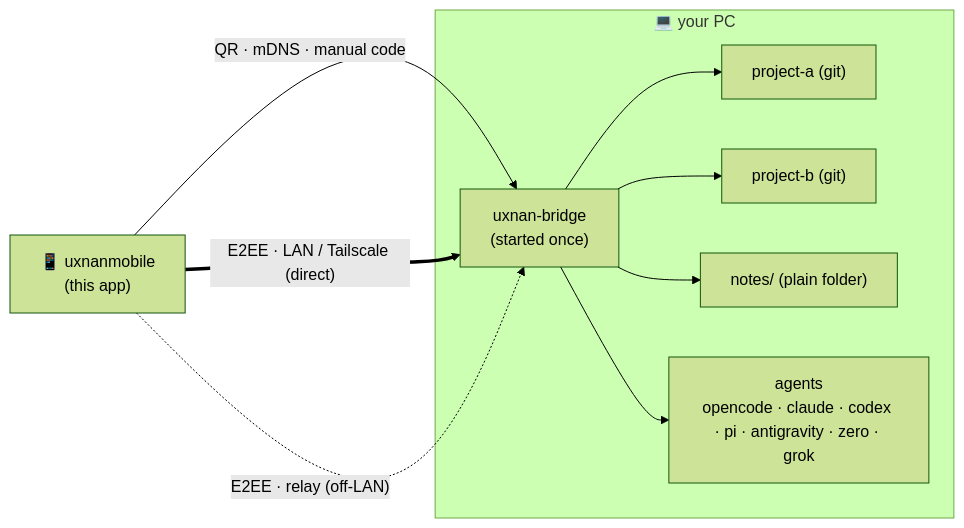
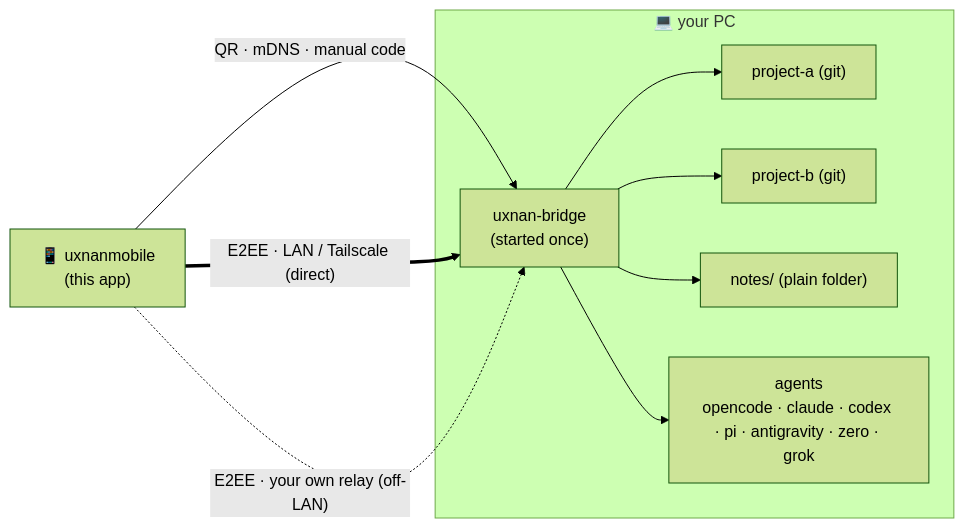
Before and after one commit to luisgamas/uxnan: the diagram in uxnanmobile/README.md, drawn with Mermaid (forest theme). The commit also changed other lines of this file and 81 other files, not shown here.

First line of the commit message:
feat(flutter): reach the PC from any network through the user's own relay

````diff
--- a/uxnanmobile/README.md
+++ b/uxnanmobile/README.md
@@ -112,20 +112,20 @@
 ```mermaid
 flowchart LR
   app["📱 uxnanmobile<br/>(this app)"]
 
   subgraph pc["💻 your PC"]
     bridge["uxnan-bridge<br/>(started once)"]
     p1["project-a (git)"]
     p2["project-b (git)"]
     p3["notes/ (plain folder)"]
     a1["agents<br/>opencode · claude · codex · pi · antigravity · zero · grok"]
   end
 
   app -- "QR · mDNS · manual code" --> bridge
   app == "E2EE · LAN / Tailscale (direct)" ==> bridge
-  app -. "E2EE · relay (off-LAN)" .-> bridge
+  app -. "E2EE · your own relay (off-LAN)" .-> bridge
   bridge --> p1
   bridge --> p2
   bridge --> p3
   bridge --> a1
 ```
````
